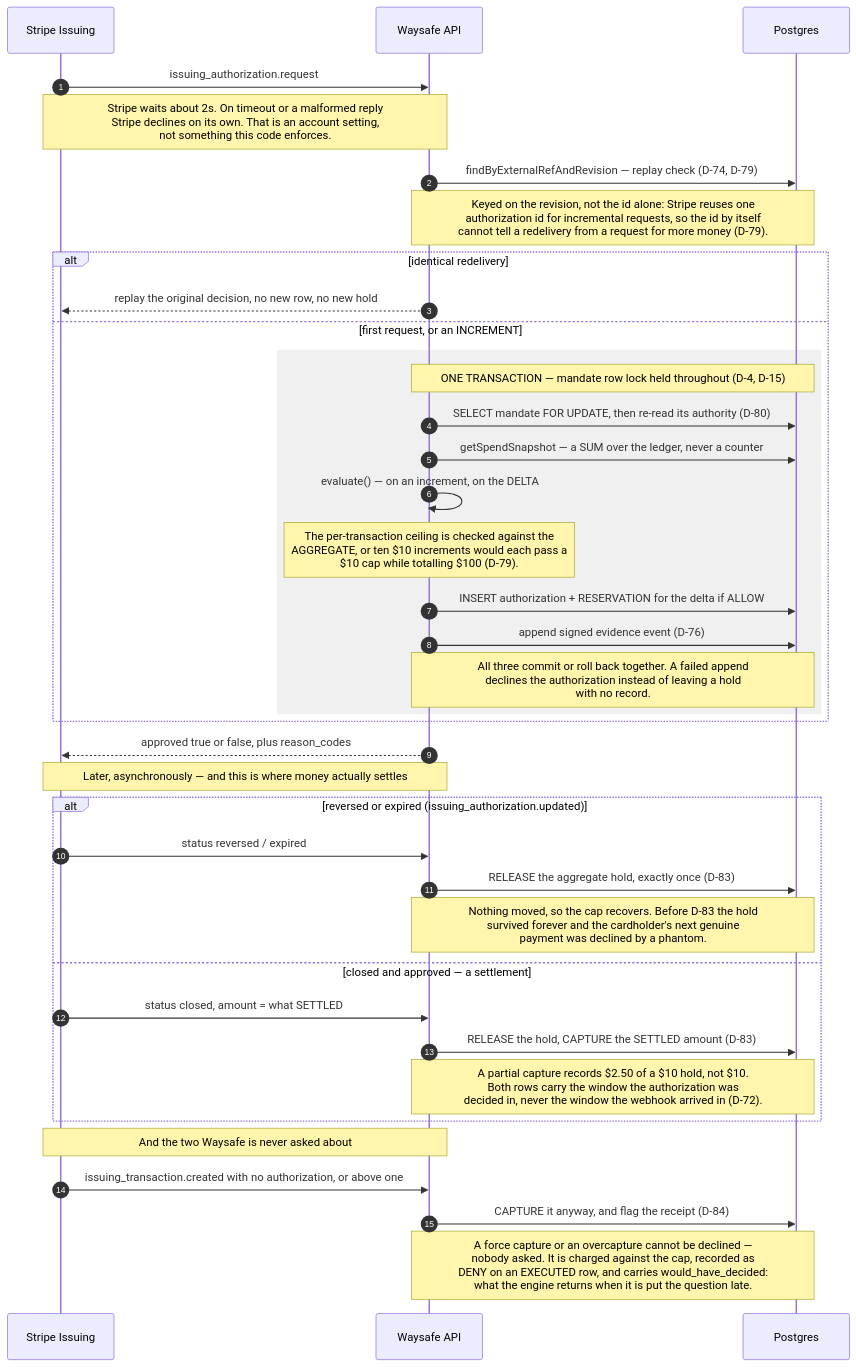
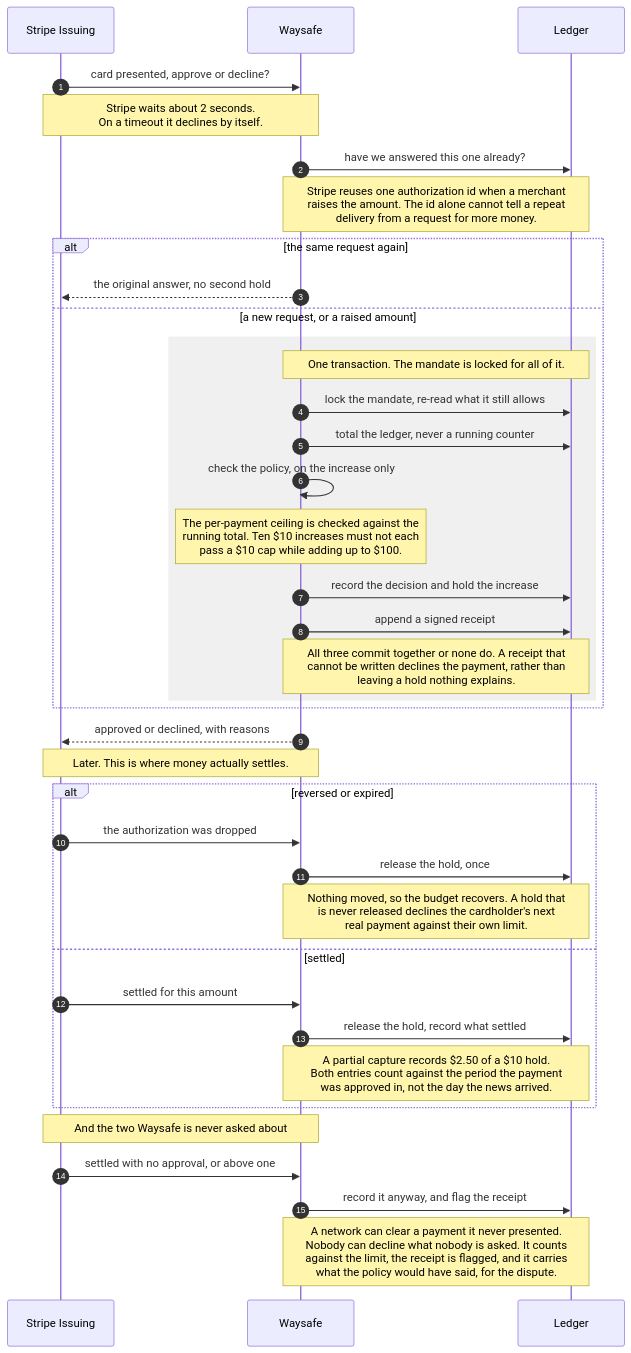
The diagram in docs/diagrams/card.mmd (getwaysafe/waysafe), drawn with Mermaid before and after one commit. The commit also changed 26 other files, not shown here.

```diff
--- a/docs/diagrams/card.mmd
+++ b/docs/diagrams/card.mmd
@@ -1,43 +1,43 @@
 sequenceDiagram
     autonumber
     participant S as Stripe Issuing
-    participant W as Waysafe API
-    participant DB as Postgres
+    participant W as Waysafe
+    participant DB as Ledger
 
-    S->>W: issuing_authorization.request
-    Note over S,W: Stripe waits about 2s. On timeout or a malformed reply<br/>Stripe declines on its own. That is an account setting,<br/>not something this code enforces.
+    S->>W: card presented, approve or decline?
+    Note over S,W: Stripe waits about 2 seconds.<br/>On a timeout it declines by itself.
 
-    W->>DB: findByExternalRefAndRevision — replay check (D-74, D-79)
-    Note over W,DB: Keyed on the revision, not the id alone: Stripe reuses one<br/>authorization id for incremental requests, so the id by itself<br/>cannot tell a redelivery from a request for more money (D-79).
-    alt identical redelivery
-        W-->>S: replay the original decision, no new row, no new hold
-    else first request, or an INCREMENT
+    W->>DB: have we answered this one already?
+    Note over W,DB: Stripe reuses one authorization id when a merchant<br/>raises the amount. The id alone cannot tell a repeat<br/>delivery from a request for more money.
+    alt the same request again
+        W-->>S: the original answer, no second hold
+    else a new request, or a raised amount
         rect rgba(128,128,128,0.12)
-            Note over W,DB: ONE TRANSACTION — mandate row lock held throughout (D-4, D-15)
-            W->>DB: SELECT mandate FOR UPDATE, then re-read its authority (D-80)
-            W->>DB: getSpendSnapshot — a SUM over the ledger, never a counter
-            W->>W: evaluate() — on an increment, on the DELTA
-            Note over W,W: The per-transaction ceiling is checked against the<br/>AGGREGATE, or ten $10 increments would each pass a<br/>$10 cap while totalling $100 (D-79).
-            W->>DB: INSERT authorization + RESERVATION for the delta if ALLOW
-            W->>DB: append signed evidence event (D-76)
-            Note over W,DB: All three commit or roll back together. A failed append<br/>declines the authorization instead of leaving a hold<br/>with no record.
+            Note over W,DB: One transaction. The mandate is locked for all of it.
+            W->>DB: lock the mandate, re-read what it still allows
+            W->>DB: total the ledger, never a running counter
+            W->>W: check the policy, on the increase only
+            Note over W,W: The per-payment ceiling is checked against the<br/>running total. Ten $10 increases must not each<br/>pass a $10 cap while adding up to $100.
+            W->>DB: record the decision and hold the increase
+            W->>DB: append a signed receipt
+            Note over W,DB: All three commit together or none do. A receipt that<br/>cannot be written declines the payment, rather than<br/>leaving a hold nothing explains.
         end
     end
 
-    W-->>S: approved true or false, plus reason_codes
+    W-->>S: approved or declined, with reasons
 
-    Note over S,W: Later, asynchronously — and this is where money actually settles
-    alt reversed or expired (issuing_authorization.updated)
-        S->>W: status reversed / expired
-        W->>DB: RELEASE the aggregate hold, exactly once (D-83)
-        Note over W,DB: Nothing moved, so the cap recovers. Before D-83 the hold<br/>survived forever and the cardholder's next genuine<br/>payment was declined by a phantom.
-    else closed and approved — a settlement
-        S->>W: status closed, amount = what SETTLED
-        W->>DB: RELEASE the hold, CAPTURE the SETTLED amount (D-83)
-        Note over W,DB: A partial capture records $2.50 of a $10 hold, not $10.<br/>Both rows carry the window the authorization was<br/>decided in, never the window the webhook arrived in (D-72).
+    Note over S,W: Later. This is where money actually settles.
+    alt reversed or expired
+        S->>W: the authorization was dropped
+        W->>DB: release the hold, once
+        Note over W,DB: Nothing moved, so the budget recovers. A hold that<br/>is never released declines the cardholder's next<br/>real payment against their own limit.
+    else settled
+        S->>W: settled for this amount
+        W->>DB: release the hold, record what settled
+        Note over W,DB: A partial capture records $2.50 of a $10 hold.<br/>Both entries count against the period the payment<br/>was approved in, not the day the news arrived.
     end
 
     Note over S,W: And the two Waysafe is never asked about
-    S->>W: issuing_transaction.created with no authorization, or above one
-    W->>DB: CAPTURE it anyway, and flag the receipt (D-84)
-    Note over W,DB: A force capture or an overcapture cannot be declined —<br/>nobody asked. It is charged against the cap, recorded as<br/>DENY on an EXECUTED row, and carries would_have_decided:<br/>what the engine returns when it is put the question late.
+    S->>W: settled with no approval, or above one
+    W->>DB: record it anyway, and flag the receipt
+    Note over W,DB: A network can clear a payment it never presented.<br/>Nobody can decline what nobody is asked. It counts<br/>against the limit, the receipt is flagged, and it carries<br/>what the policy would have said, for the dispute.
```
